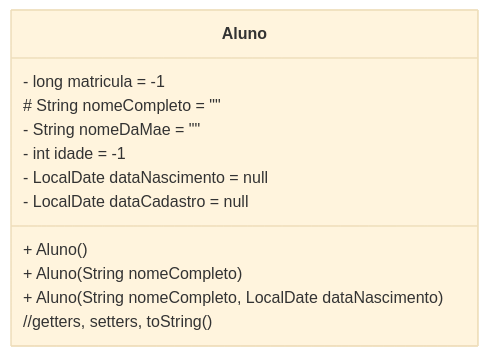
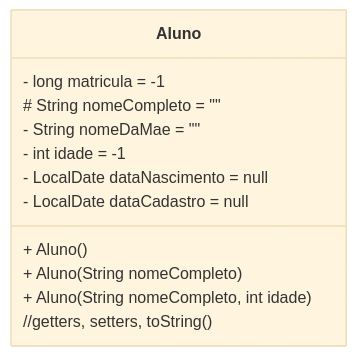
The diagram in ap3_2025.1_xicoArruda/unidade1/aula2.md (ap3ufersa/ap3_2025.1_xicoArruda), drawn with Mermaid (base theme) before and after one commit. The commit also changed other lines of this file and 18 other files, not shown here.

````diff
--- a/ap3_2025.1_xicoArruda/unidade1/aula2.md
+++ b/ap3_2025.1_xicoArruda/unidade1/aula2.md
@@ -19,16 +19,16 @@
 ```mermaid
 classDiagram
     class Aluno {
         - long matricula = -1
         # String nomeCompleto = ""
         - String nomeDaMae = ""
         - int idade = -1
         - LocalDate dataNascimento = null
         - LocalDate dataCadastro = null
 
         + Aluno()
         + Aluno(String nomeCompleto)
-        + Aluno(String nomeCompleto, LocalDate dataNascimento)
+        + Aluno(String nomeCompleto, int idade)
         //getters, setters, toString()
     }
 ```
````
